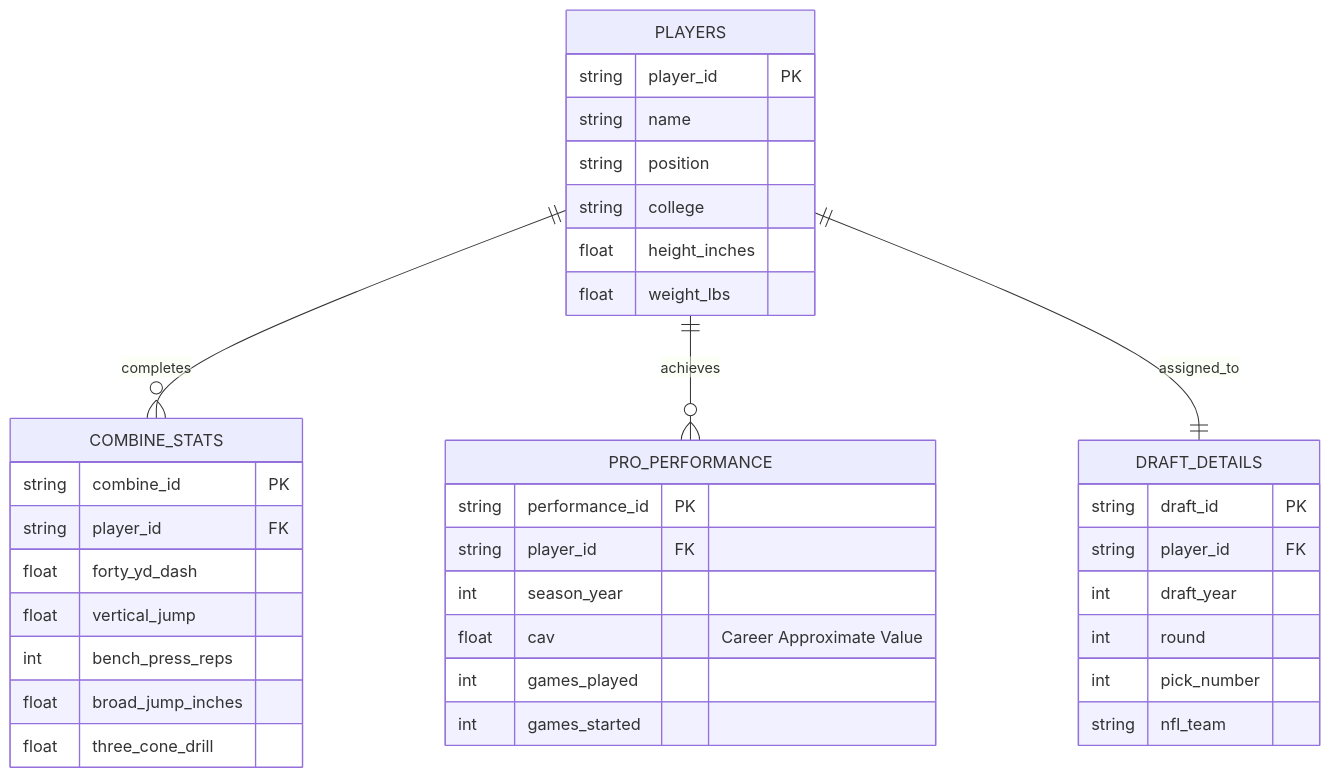
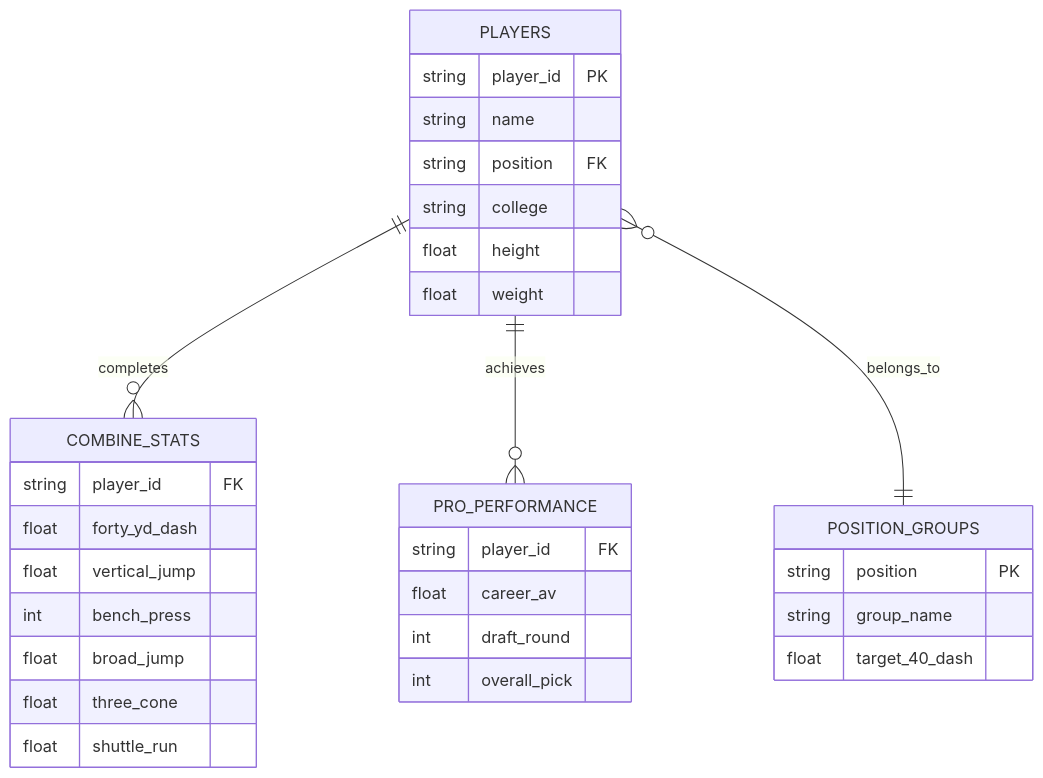
Before and after one commit to Kieran-11/DS4320-Project-1: the diagram in README.md, drawn with Mermaid.

Commit message:
Revise ER diagram in README for clarity
Updated entity relationships and attributes in the ER diagram.

````diff
--- a/README.md
+++ b/README.md
@@ -4,44 +4,39 @@
 ```mermaid
 erDiagram
     PLAYERS ||--o{ COMBINE_STATS : completes
     PLAYERS ||--o{ PRO_PERFORMANCE : achieves
-    PLAYERS ||--|| DRAFT_DETAILS : assigned_to
+    PLAYERS }o--|| POSITION_GROUPS : belongs_to
 
     PLAYERS {
         string player_id PK
         string name
-        string position
+        string position FK
         string college
-        float height_inches
-        float weight_lbs
+        float height
+        float weight
     }
 
     COMBINE_STATS {
-        string combine_id PK
         string player_id FK
         float forty_yd_dash
         float vertical_jump
-        int bench_press_reps
-        float broad_jump_inches
-        float three_cone_drill
+        int bench_press
+        float broad_jump
+        float three_cone
+        float shuttle_run
     }
 
     PRO_PERFORMANCE {
-        string performance_id PK
         string player_id FK
-        int season_year
-        float cav "Career Approximate Value"
-        int games_played
-        int games_started
+        float career_av
+        int draft_round
+        int overall_pick
     }
 
-    DRAFT_DETAILS {
-        string draft_id PK
-        string player_id FK
-        int draft_year
-        int round
-        int pick_number
-        string nfl_team
+    POSITION_GROUPS {
+        string position PK
+        string group_name
+        float target_40_dash
     }
 
 ```
````
